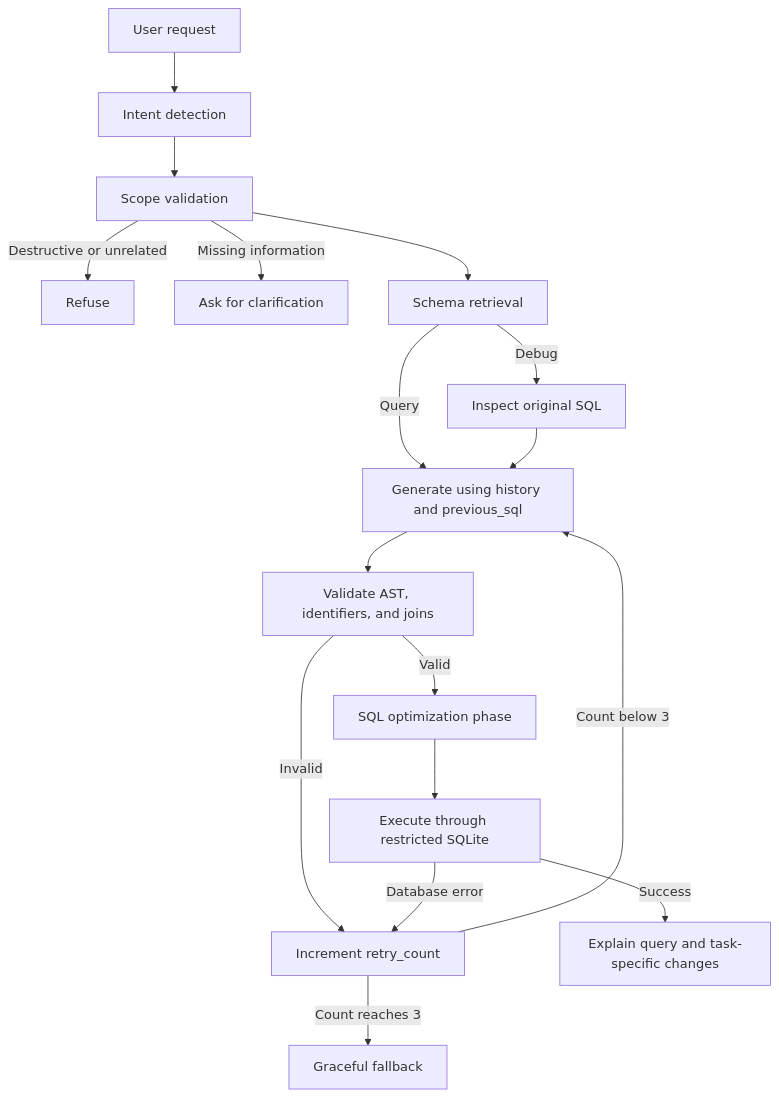
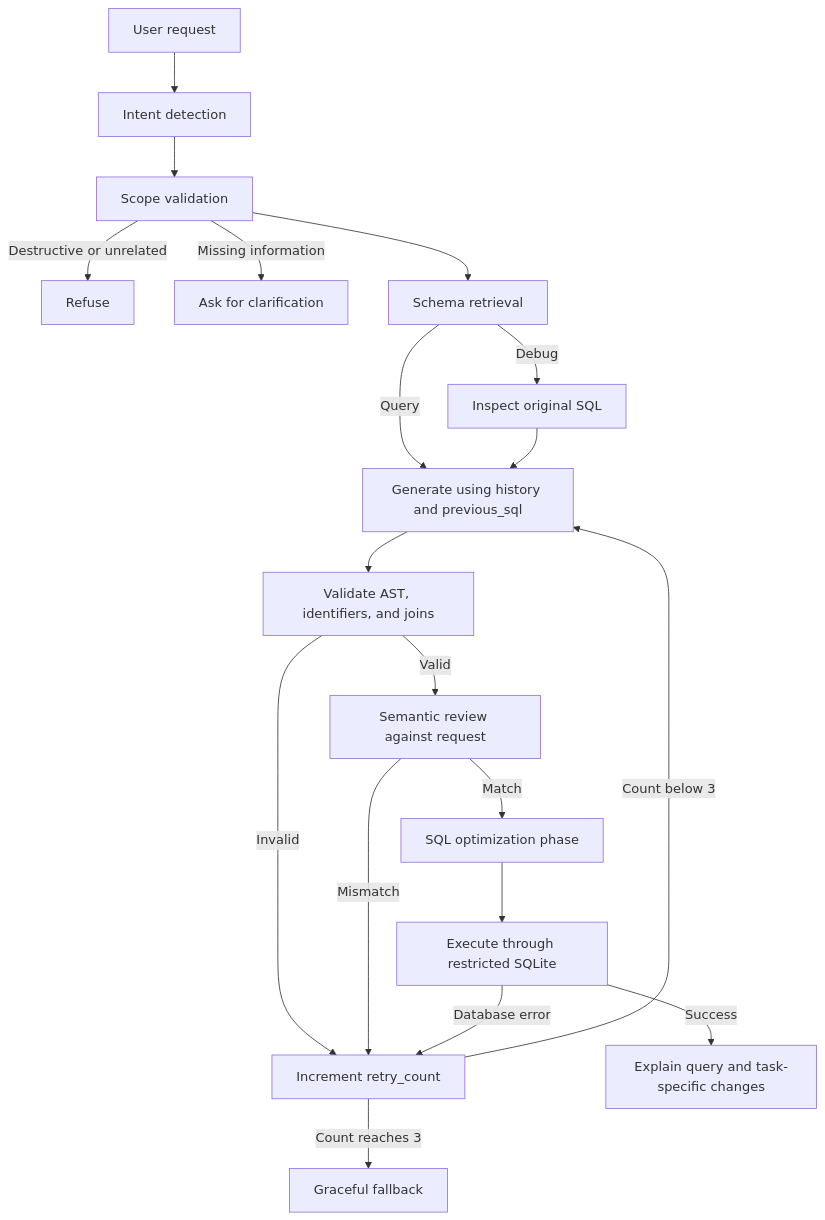
The second of 2 diagrams in README.md (Mainamanhoon/SQL-Query-AI-Agent), drawn with Mermaid before and after one commit. The commit also changed other lines of this file and 9 other files, not shown here.

Commit message:
Add semantic query review

````diff
--- a/README.md
+++ b/README.md
@@ -125,19 +126,21 @@
 ```mermaid
 flowchart TD
     U[User request] --> A[Intent detection]
     A --> S[Scope validation]
     S -->|Destructive or unrelated| R[Refuse]
     S -->|Missing information| C[Ask for clarification]
     S --> H[Schema retrieval]
     H -->|Debug| D[Inspect original SQL]
     H -->|Query| G[Generate using history and previous_sql]
     D --> G
     G --> V[Validate AST, identifiers, and joins]
-    V -->|Valid| O[SQL optimization phase]
+    V -->|Valid| Q[Semantic review against request]
     V -->|Invalid| F[Increment retry_count]
+    Q -->|Mismatch| F
+    Q -->|Match| O[SQL optimization phase]
     F -->|Count below 3| G
     F -->|Count reaches 3| X[Graceful fallback]
     O --> E[Execute through restricted SQLite]
     E -->|Database error| F
     E -->|Success| P[Explain query and task-specific changes]
 ```
````
